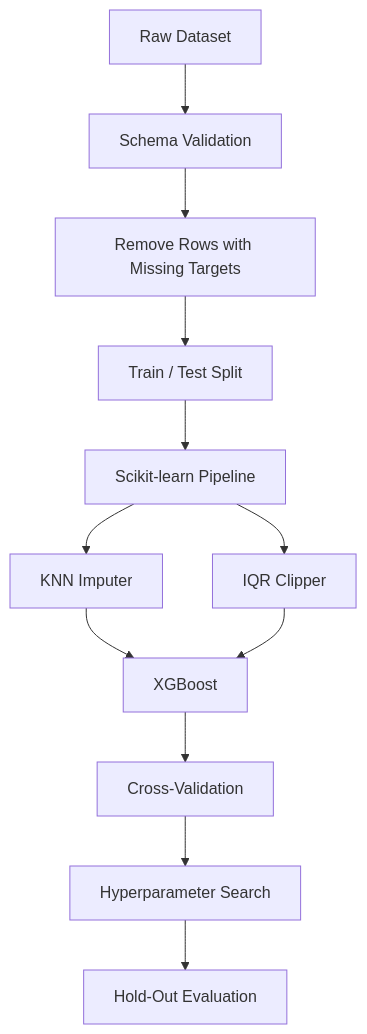
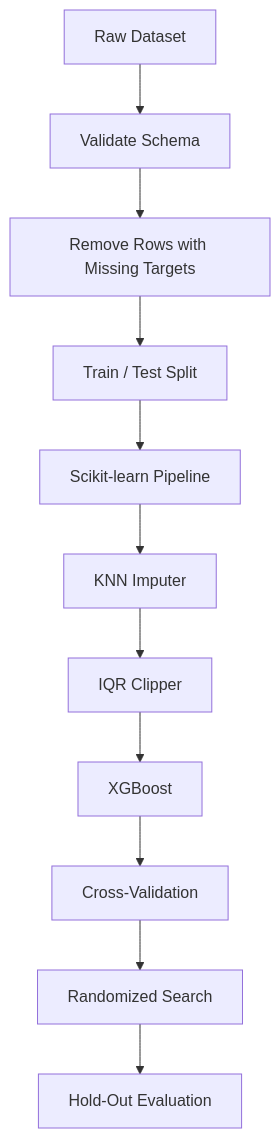
Before and after one commit to mahmmooudian/water-network-ai-analyzer: the fourth of 9 diagrams in README.md, drawn with Mermaid. The commit also changed other lines of this file, not shown here.

````diff
--- a/README.md
+++ b/README.md
@@ -172,18 +160,15 @@
 ```mermaid
 flowchart TD
-    A[Raw Dataset] --> B[Schema Validation]
+    A[Raw Dataset] --> B[Validate Schema]
     B --> C[Remove Rows with Missing Targets]
     C --> D[Train / Test Split]
 
     D --> E[Scikit-learn Pipeline]
-
     E --> F[KNN Imputer]
-    E --> G[IQR Clipper]
-
-    F --> H[XGBoost]
-    G --> H
+    F --> G[IQR Clipper]
+    G --> H[XGBoost]
 
     H --> I[Cross-Validation]
-    I --> J[Hyperparameter Search]
+    I --> J[Randomized Search]
     J --> K[Hold-Out Evaluation]
 ```
````
